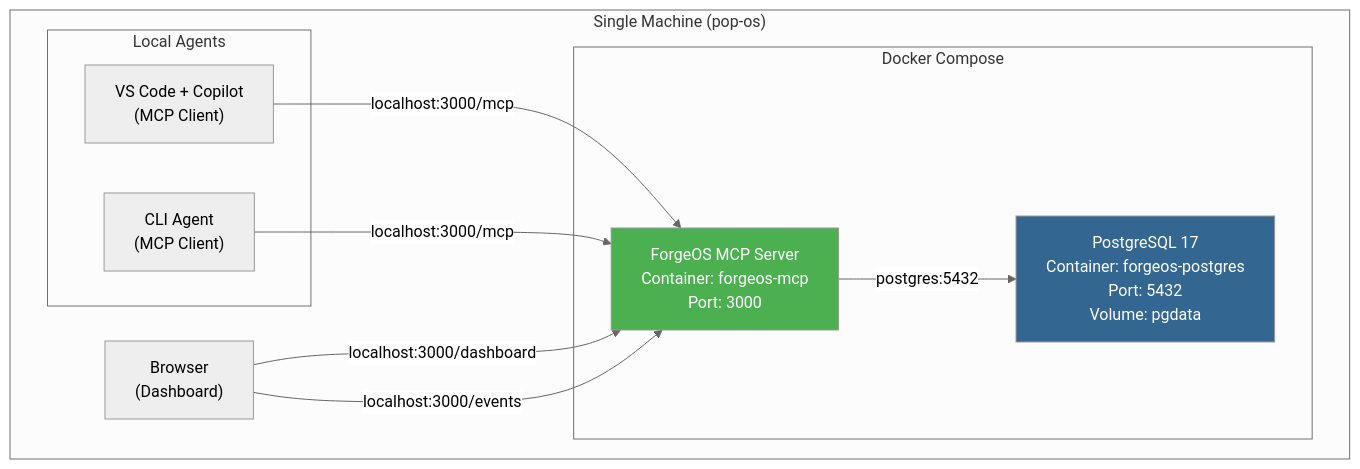
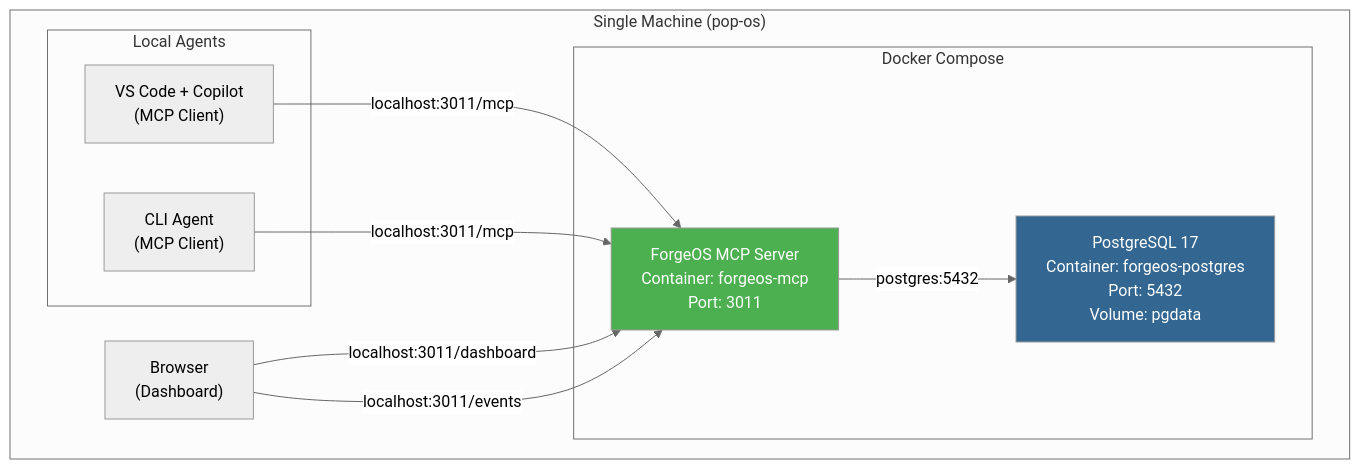
One commit to ReaperOAK/ForgeOS changed the fourth of 8 diagrams in docs/architecture/system-components.md. Above: the diagram before and after it, drawn with Mermaid (neutral theme). The commit also changed other lines of this file and 119 other files, not shown here.

First line of the commit message:
Update MCP server port to 3011 across the application

````diff
--- a/docs/architecture/system-components.md
+++ b/docs/architecture/system-components.md
@@ -549,25 +549,25 @@
 ```mermaid
 graph TB
     subgraph "Single Machine (pop-os)"
         subgraph "Docker Compose"
             PG["PostgreSQL 17<br>Container: forgeos-postgres<br>Port: 5432<br>Volume: pgdata"]
-            SERVER["ForgeOS MCP Server<br>Container: forgeos-mcp<br>Port: 3000"]
+            SERVER["ForgeOS MCP Server<br>Container: forgeos-mcp<br>Port: 3011"]
         end
 
         subgraph "Local Agents"
             VSCODE["VS Code + Copilot<br>(MCP Client)"]
             CLI["CLI Agent<br>(MCP Client)"]
         end
 
         BROWSER["Browser<br>(Dashboard)"]
     end
 
-    VSCODE -->|"localhost:3000/mcp"| SERVER
-    CLI -->|"localhost:3000/mcp"| SERVER
+    VSCODE -->|"localhost:3011/mcp"| SERVER
+    CLI -->|"localhost:3011/mcp"| SERVER
     SERVER -->|"postgres:5432"| PG
-    BROWSER -->|"localhost:3000/dashboard"| SERVER
-    BROWSER -->|"localhost:3000/events"| SERVER
+    BROWSER -->|"localhost:3011/dashboard"| SERVER
+    BROWSER -->|"localhost:3011/events"| SERVER
 
     style PG fill:#336791,color:#fff
     style SERVER fill:#4CAF50,color:#fff
 ```
````
